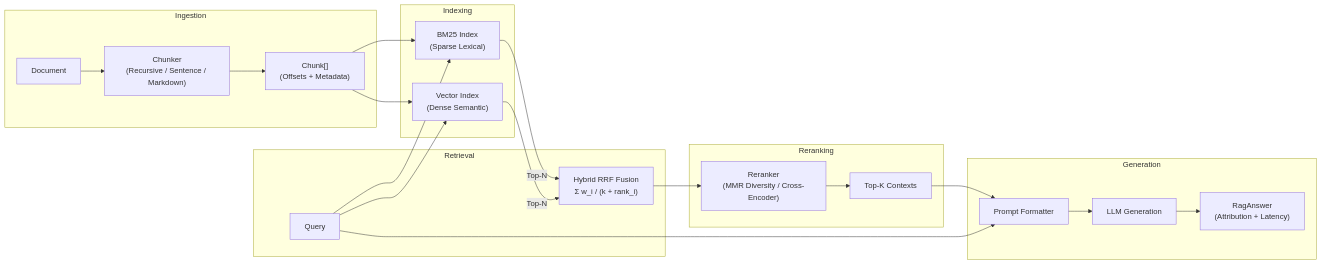
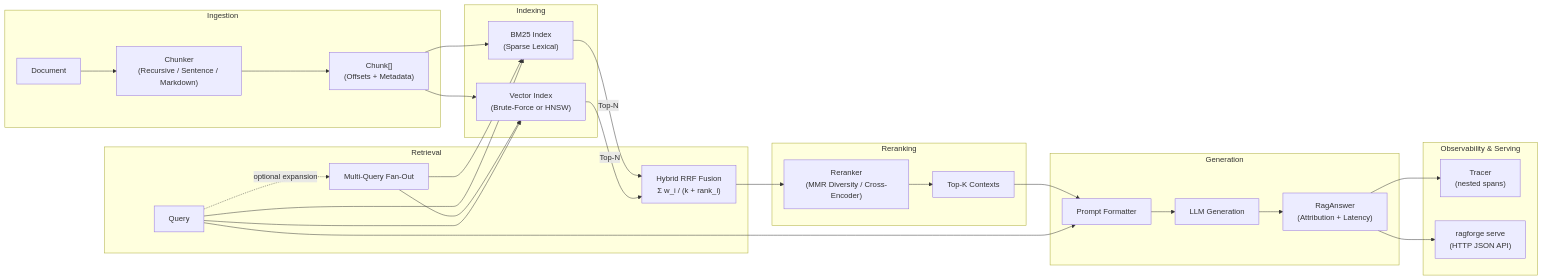
One commit to fragompul/ragforge changed the diagram in README.md. Above: the diagram before and after it, drawn with Mermaid. The commit also changed other lines of this file and 1 other file, not shown here.

````diff
--- a/README.md
+++ b/README.md
@@ -36,31 +43,39 @@
 ```mermaid
 flowchart LR
     subgraph Ingestion
         Doc["Document"] --> Chunker["Chunker\n(Recursive / Sentence / Markdown)"]
         Chunker --> Chunks["Chunk[]\n(Offsets + Metadata)"]
     end
 
     subgraph Indexing
         Chunks --> BM25["BM25 Index\n(Sparse Lexical)"]
-        Chunks --> Vector["Vector Index\n(Dense Semantic)"]
+        Chunks --> Vector["Vector Index\n(Brute-Force or HNSW)"]
     end
 
     subgraph Retrieval
-        Query["Query"] --> BM25
+        Query["Query"] -.->|optional expansion| MultiQ["Multi-Query Fan-Out"]
+        MultiQ --> BM25
+        MultiQ --> Vector
+        Query --> BM25
         Query --> Vector
         BM25 -->|Top-N| Hybrid["Hybrid RRF Fusion\nΣ w_i / (k + rank_i)"]
         Vector -->|Top-N| Hybrid
     end
 
     subgraph Reranking
         Hybrid --> Rerank["Reranker\n(MMR Diversity / Cross-Encoder)"]
         Rerank --> TopK["Top-K Contexts"]
     end
 
     subgraph Generation
         TopK --> Prompt["Prompt Formatter"]
         Query --> Prompt
         Prompt --> LLM["LLM Generation"]
         LLM --> Answer["RagAnswer\n(Attribution + Latency)"]
     end
+
+    subgraph Serving["Observability & Serving"]
+        Answer --> Tracer["Tracer\n(nested spans)"]
+        Answer --> HTTP["ragforge serve\n(HTTP JSON API)"]
+    end
 ```
````
